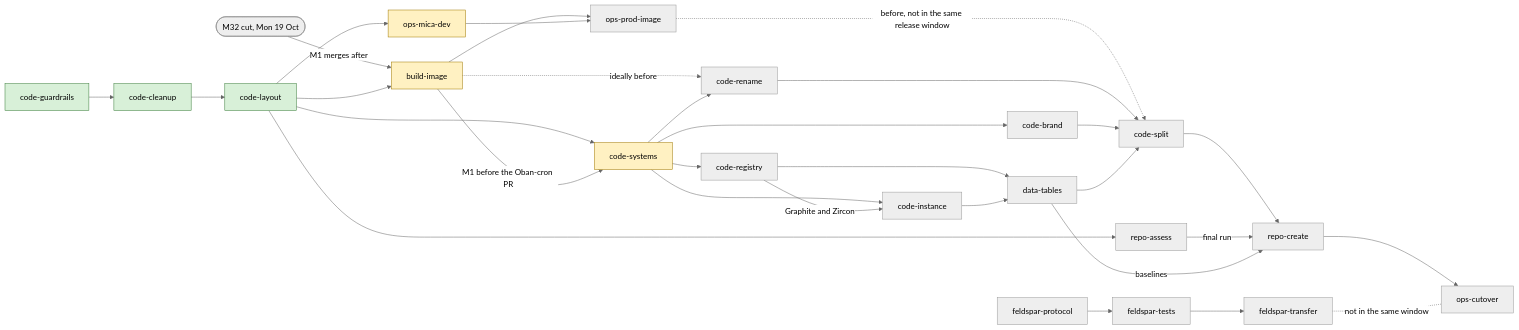
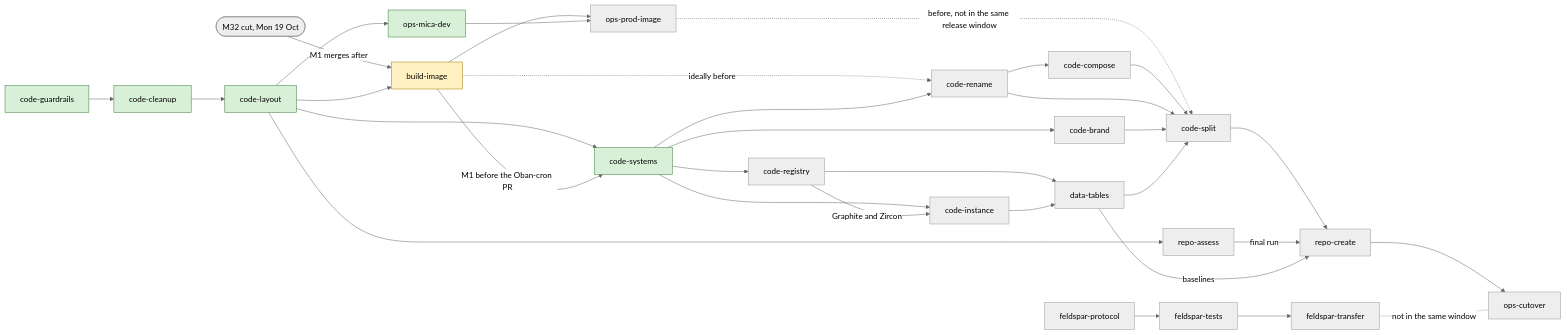
Before and after one commit to eyra/mono: the diagram in docs/nova-migration/plan.md, drawn with Mermaid (neutral theme). The commit also changed other lines of this file and 1 other file, not shown here.

First line of the commit message:
[Nova] plan: code-compose step

````diff
--- a/docs/nova-migration/plan.md
+++ b/docs/nova-migration/plan.md
@@ -53,39 +54,41 @@
 ```mermaid
 flowchart LR
   classDef done fill:#d8f0d8,stroke:#3a7d3a
   classDef next fill:#fff1c2,stroke:#a07800
   classDef milestone fill:#eeeeee,stroke:#888888
 
   code_guardrails[code-guardrails]:::done --> code_cleanup[code-cleanup]:::done --> code_layout[code-layout]:::done
 
   m32([M32 cut, Mon 19 Oct]):::milestone -->|M1 merges after| build_image
   code_layout --> build_image[build-image]:::next
-  code_layout --> ops_mica_dev[ops-mica-dev]:::next
-  code_layout --> code_systems[code-systems]:::next
+  code_layout --> ops_mica_dev[ops-mica-dev]:::done
+  code_layout --> code_systems[code-systems]:::done
   code_layout --> repo_assess[repo-assess]
 
   build_image -->|M1 before the Oban-cron PR| code_systems
   build_image -.->|ideally before| code_rename
   build_image --> ops_prod_image[ops-prod-image]
   ops_mica_dev --> ops_prod_image
   ops_prod_image -.->|before, not in the same release window| code_split
 
   code_systems --> code_rename[code-rename]
   code_systems --> code_brand[code-brand]
   code_systems --> code_registry[code-registry]
   code_systems --> code_instance[code-instance]
   code_registry -->|Graphite and Zircon| code_instance
   code_registry --> data_tables[data-tables]
   code_instance --> data_tables
 
-  code_rename --> code_split[code-split]
+  code_rename --> code_compose[code-compose]
+  code_compose --> code_split[code-split]
+  code_rename --> code_split
   code_brand --> code_split
   data_tables --> code_split
   code_split --> repo_create[repo-create]
   repo_assess -->|final run| repo_create
   data_tables -->|baselines| repo_create
   repo_create --> ops_cutover[ops-cutover]
 
   feldspar_protocol[feldspar-protocol] --> feldspar_tests[feldspar-tests] --> feldspar_transfer[feldspar-transfer]
   feldspar_transfer -.-|not in the same window| ops_cutover
 ```
````
